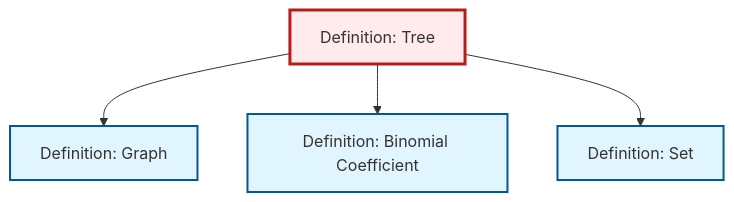
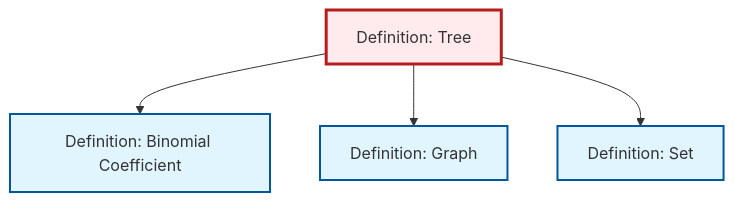
One commit to RK0429/ModernMath changed the diagram in content/en/combinatorics/def-tree.qmd. Above: the diagram before and after it, drawn with Mermaid. The commit also changed other lines of this file and 360 other files, not shown here.

````diff
--- a/content/en/combinatorics/def-tree.qmd
+++ b/content/en/combinatorics/def-tree.qmd
@@ -135,20 +135,20 @@
 ```{mermaid}
 %%| fig-cap: "Local dependency graph"
 graph TD
     classDef definition fill:#e1f5fe,stroke:#01579b,stroke-width:2px
     classDef theorem fill:#f3e5f5,stroke:#4a148c,stroke-width:2px
     classDef axiom fill:#fff3e0,stroke:#e65100,stroke-width:2px
     classDef example fill:#e8f5e9,stroke:#1b5e20,stroke-width:2px
     classDef current fill:#ffebee,stroke:#b71c1c,stroke-width:3px
     def-tree["Definition: Tree"]:::definition
     def-binomial-coefficient["Definition: Binomial Coefficient"]:::definition
     def-graph["Definition: Graph"]:::definition
     def-set["Definition: Set"]:::definition
+    def-tree --> def-binomial-coefficient
     def-tree --> def-graph
-    def-tree --> def-binomial-coefficient
     def-tree --> def-set
     class def-tree current
     click def-binomial-coefficient "def-binomial-coefficient.html" "Go to Binomial Coefficient definition"
     click def-graph "def-graph.html" "Go to Graph definition"
     click def-set "def-set.html" "Go to Set definition"
 ```
````
